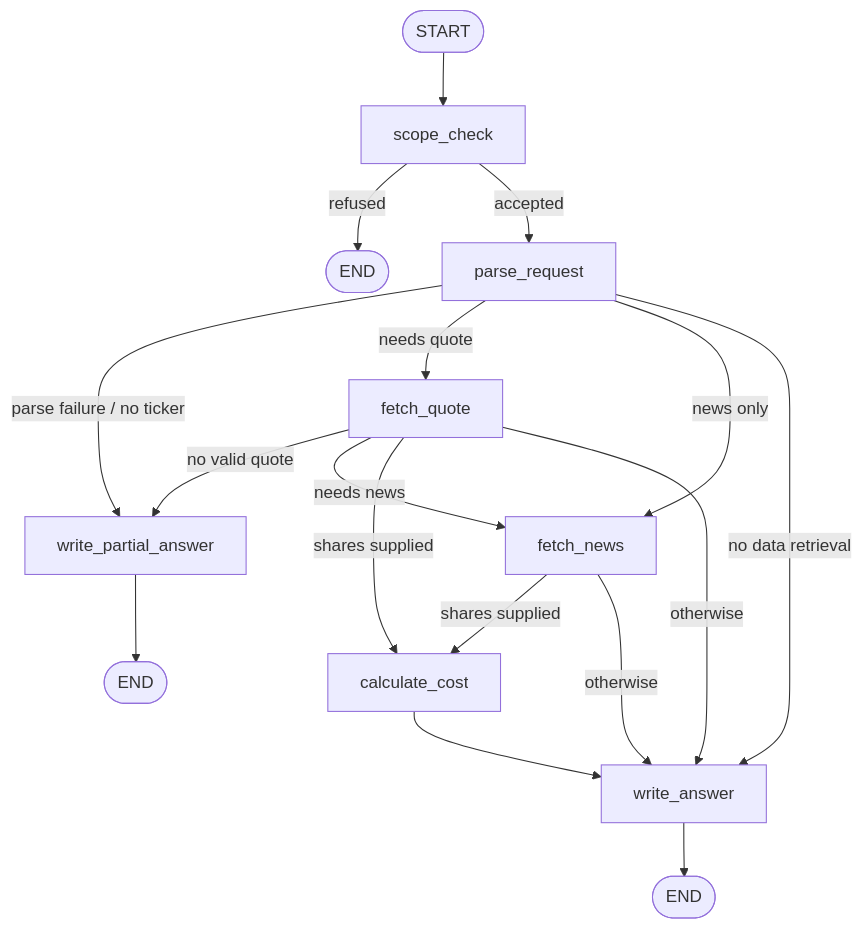
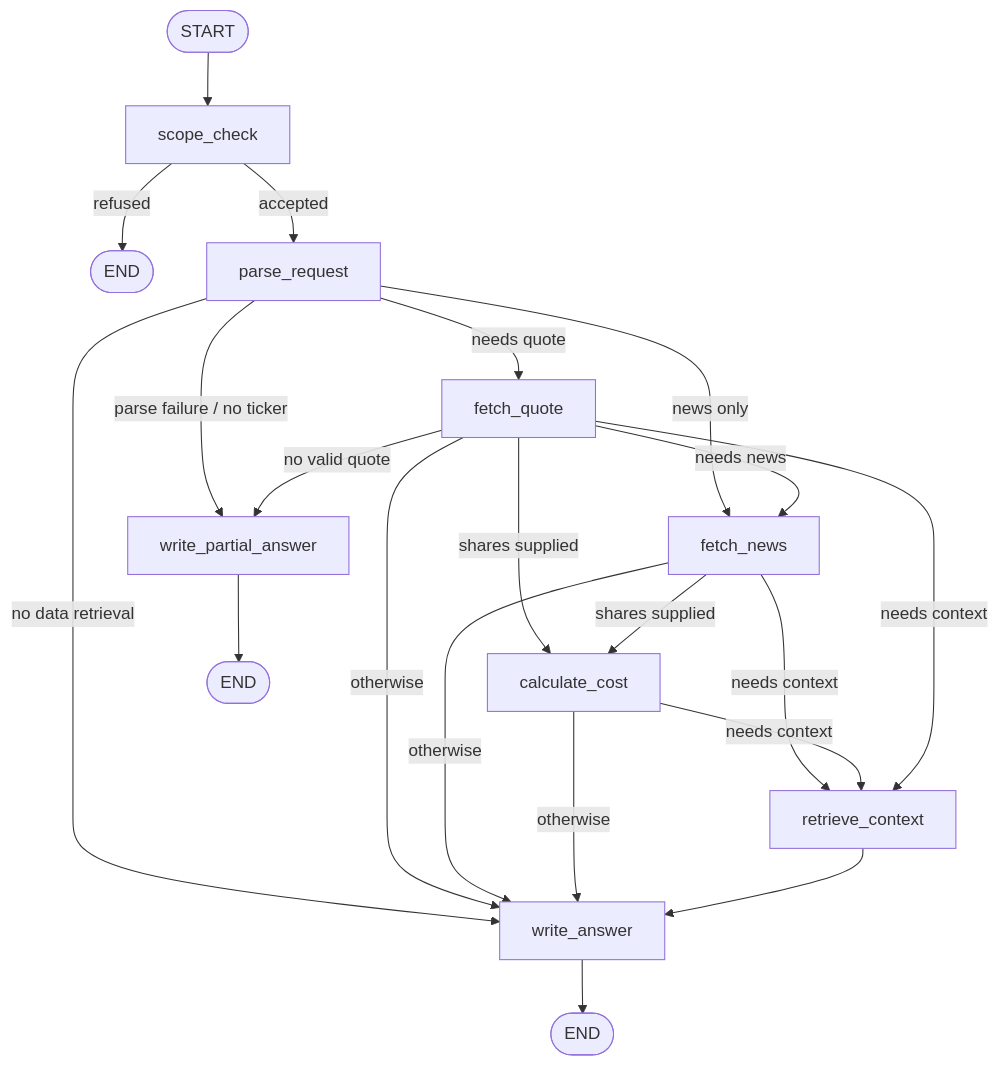
Before and after one commit to Eugenetanwl3881/personal-market-research-agent: the diagram in PROJECT_NOTE.md, drawn with Mermaid. The commit also changed other lines of this file and 9 other files, not shown here.

````diff
--- a/PROJECT_NOTE.md
+++ b/PROJECT_NOTE.md
@@ -32,22 +35,26 @@
 ```mermaid
 flowchart TD
     START([START]) --> S[scope_check]
     S -->|refused| END1([END])
     S -->|accepted| P[parse_request]
 
     P -->|parse failure / no ticker| PA[write_partial_answer]
     P -->|needs quote| Q[fetch_quote]
     P -->|news only| N[fetch_news]
     P -->|no data retrieval| A[write_answer]
 
     Q -->|no valid quote| PA
     Q -->|needs news| N
     Q -->|shares supplied| C[calculate_cost]
     Q -->|otherwise| A
 
     N -->|shares supplied| C
+    N -->|needs context| R[retrieve_context]
     N -->|otherwise| A
-    C --> A
+    C -->|needs context| R
+    C -->|otherwise| A
+    Q -->|needs context| R
+    R --> A
     PA --> END2([END])
     A --> END3([END])
 ```
````
